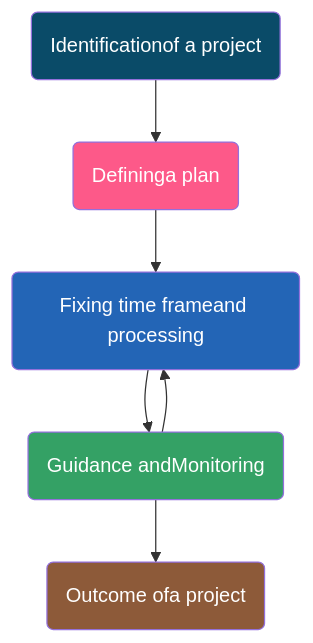
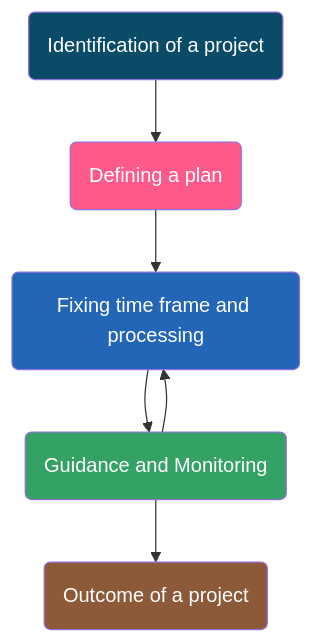
Before and after one commit to mglsj/simple-ncert: the diagram in src/content/docs/class 12/Computer Science/Chapter 13.mdx, drawn with Mermaid. The commit also changed other lines of this file and 48 other files, not shown here.

````diff
--- a/src/content/docs/class 12/Computer Science/Chapter 13.mdx
+++ b/src/content/docs/class 12/Computer Science/Chapter 13.mdx
@@ -57,21 +58,21 @@
 ```mermaid
 flowchart
 
   A --> B
   B --> C
   C --> D
   D --> C
   D --> E
 
-  A("Identificationof a project")
-  B("Defininga plan")
-  C("Fixing time frameand processing")
-  D("Guidance andMonitoring")
-  E("Outcome ofa project")
+  A("Identification of a project")
+  B("Defining a plan")
+  C("Fixing time frame and processing")
+  D("Guidance and Monitoring")
+  E("Outcome of a project")
 
   style A fill:#0a4b68,color:#fff
   style B fill:#fd5989,color:#fff
   style C fill:#2365b6,color:#fff
   style D fill:#34a165,color:#fff
   style E fill:#8d5a39,color:#fff
 ```
````
